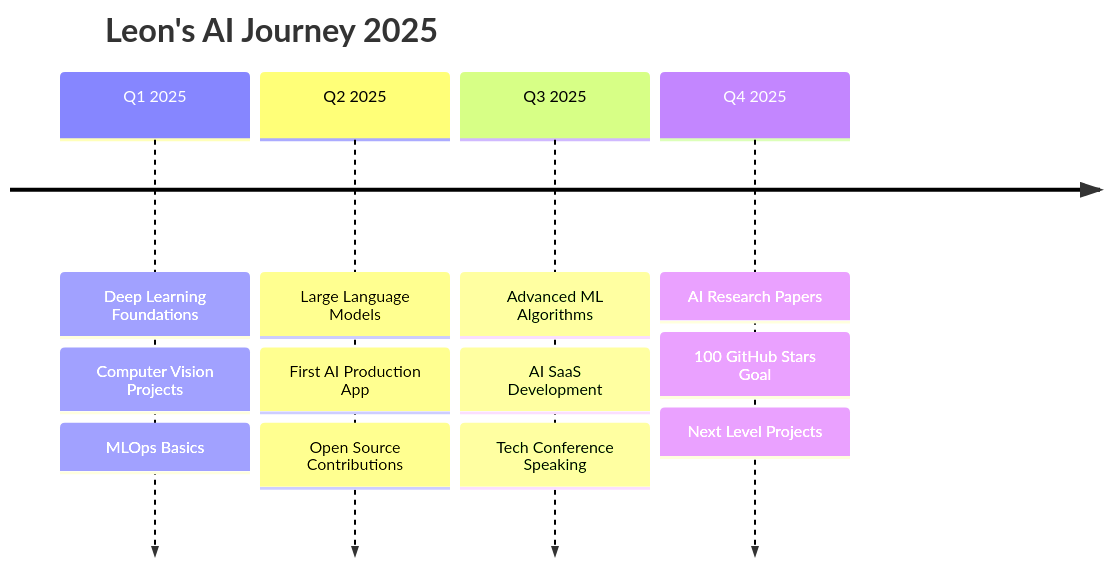
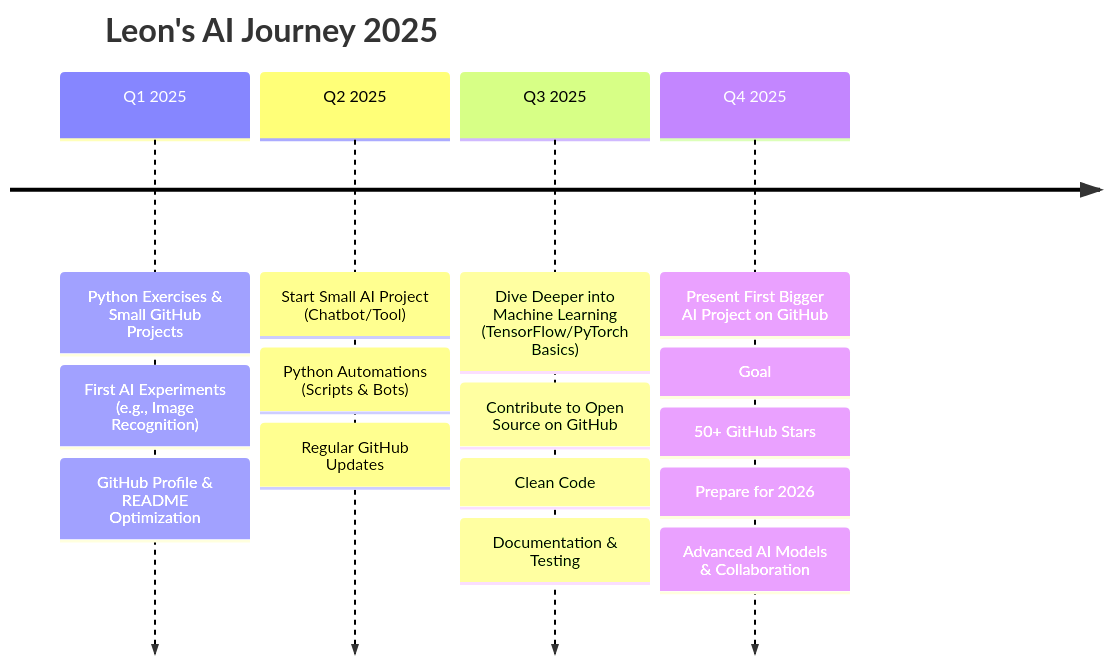
Before and after one commit to LeonT111/LeonT111: the diagram in README.md, drawn with Mermaid. The commit also changed other lines of this file, not shown here.

````diff
--- a/README.md
+++ b/README.md
@@ -121,20 +122,20 @@
 ```mermaid
 timeline
     title Leon's AI Journey 2025
     
-    Q1 2025 : Deep Learning Foundations
-            : Computer Vision Projects
-            : MLOps Basics
+    Q1 2025 : Python Exercises & Small GitHub Projects
+            : First AI Experiments (e.g., Image Recognition)
+            : GitHub Profile & README Optimization
     
-    Q2 2025 : Large Language Models
-            : First AI Production App
-            : Open Source Contributions
+    Q2 2025 : Start Small AI Project (Chatbot/Tool)
+            : Python Automations (Scripts & Bots)
+            : Regular GitHub Updates
     
-    Q3 2025 : Advanced ML Algorithms
-            : AI SaaS Development
-            : Tech Conference Speaking
+    Q3 2025 : Dive Deeper into Machine Learning (TensorFlow/PyTorch Basics)
+            : Contribute to Open Source on GitHub
+            : Clean Code: Documentation & Testing
     
-    Q4 2025 : AI Research Papers
-            : 100 GitHub Stars Goal
-            : Next Level Projects
+    Q4 2025 : Present First Bigger AI Project on GitHub
+            : Goal: 50+ GitHub Stars
+            : Prepare for 2026: Advanced AI Models & Collaboration
 ```
````
